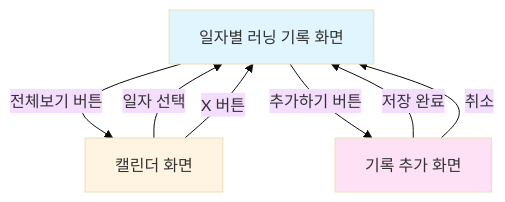
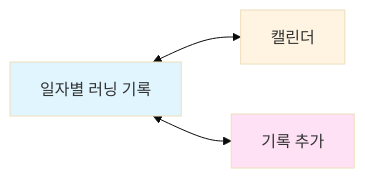
Before and after one commit to f-lab-edu/Running-Diary: the diagram in README.md, drawn with Mermaid (base theme). The commit also changed other lines of this file, not shown here.

````diff
--- a/README.md
+++ b/README.md
@@ -34,13 +34,9 @@
 ```mermaid
-graph TD
-    A[일자별 러닝 기록 화면] -->|전체보기 버튼| B[캘린더 화면]
-    A -->|추가하기 버튼| C[기록 추가 화면]
-    B -->|일자 선택| A
-    B -->|X 버튼| A
-    C -->|저장 완료| A
-    C -->|취소| A
+graph LR
+    A[일자별 러닝 기록] <--> B[캘린더]
+    A <--> C[기록 추가]
 
     style A fill:#e1f5ff
     style B fill:#fff4e1
     style C fill:#ffe1f5
 ```
````
